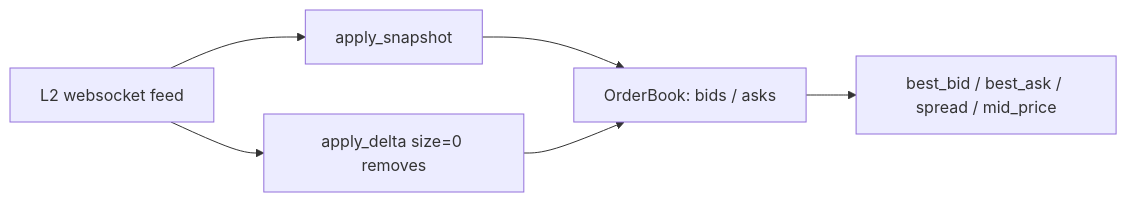
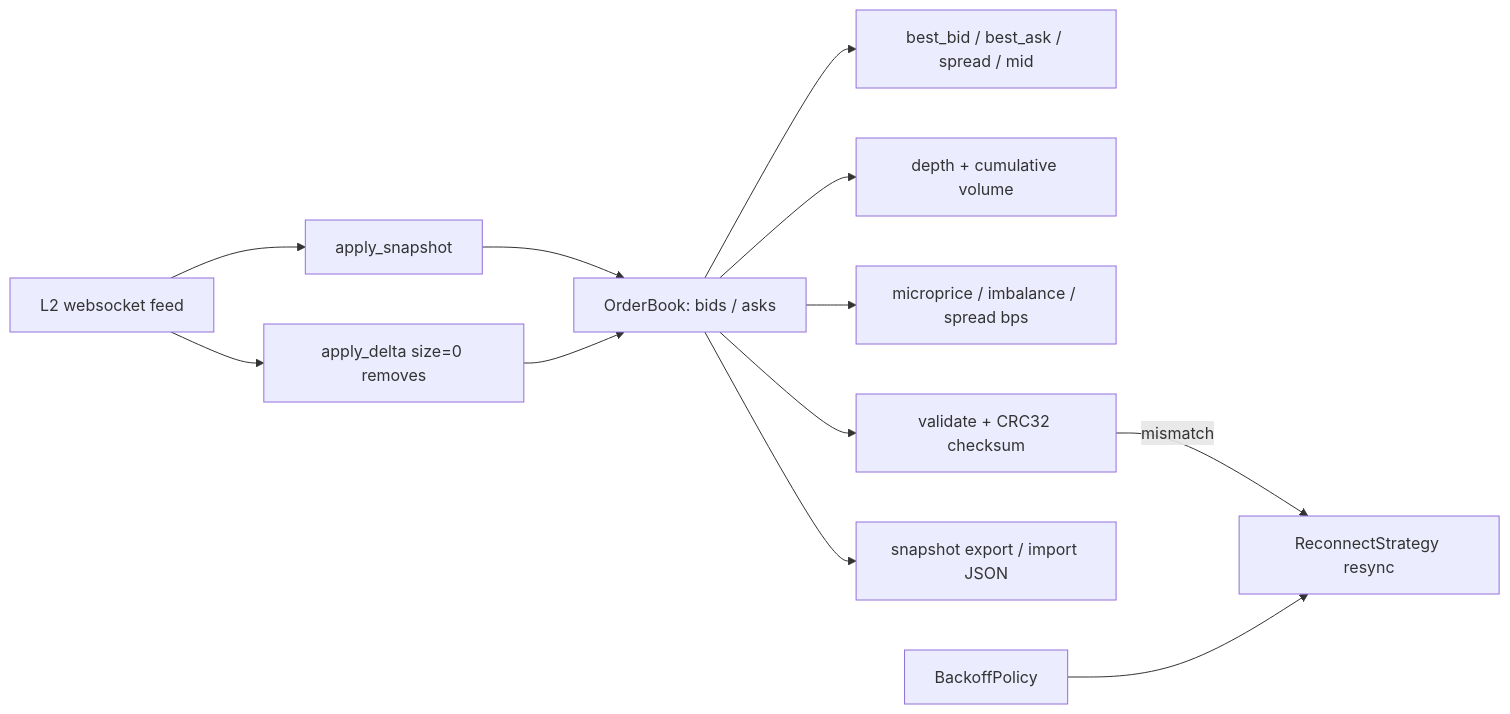
One commit to Viprasol-Tech/orderbook-websocket changed the diagram in README.md. Above: the diagram before and after it, drawn with Mermaid. The commit also changed other lines of this file and 15 other files, not shown here.

````diff
--- a/README.md
+++ b/README.md
@@ -76,8 +112,14 @@
 ```mermaid
 flowchart LR
     WS[L2 websocket feed] --> SNAP[apply_snapshot]
     WS --> DELTA[apply_delta size=0 removes]
     SNAP --> BOOK[OrderBook: bids / asks]
     DELTA --> BOOK
-    BOOK --> TOP[best_bid / best_ask / spread / mid_price]
+    BOOK --> TOP[best_bid / best_ask / spread / mid]
+    BOOK --> DEPTH[depth + cumulative volume]
+    BOOK --> METRICS[microprice / imbalance / spread bps]
+    BOOK --> VALID[validate + CRC32 checksum]
+    VALID -->|mismatch| RESYNC[ReconnectStrategy resync]
+    BOOK --> SNAPIO[snapshot export / import JSON]
+    RECON[BackoffPolicy] --> RESYNC
 ```
````
